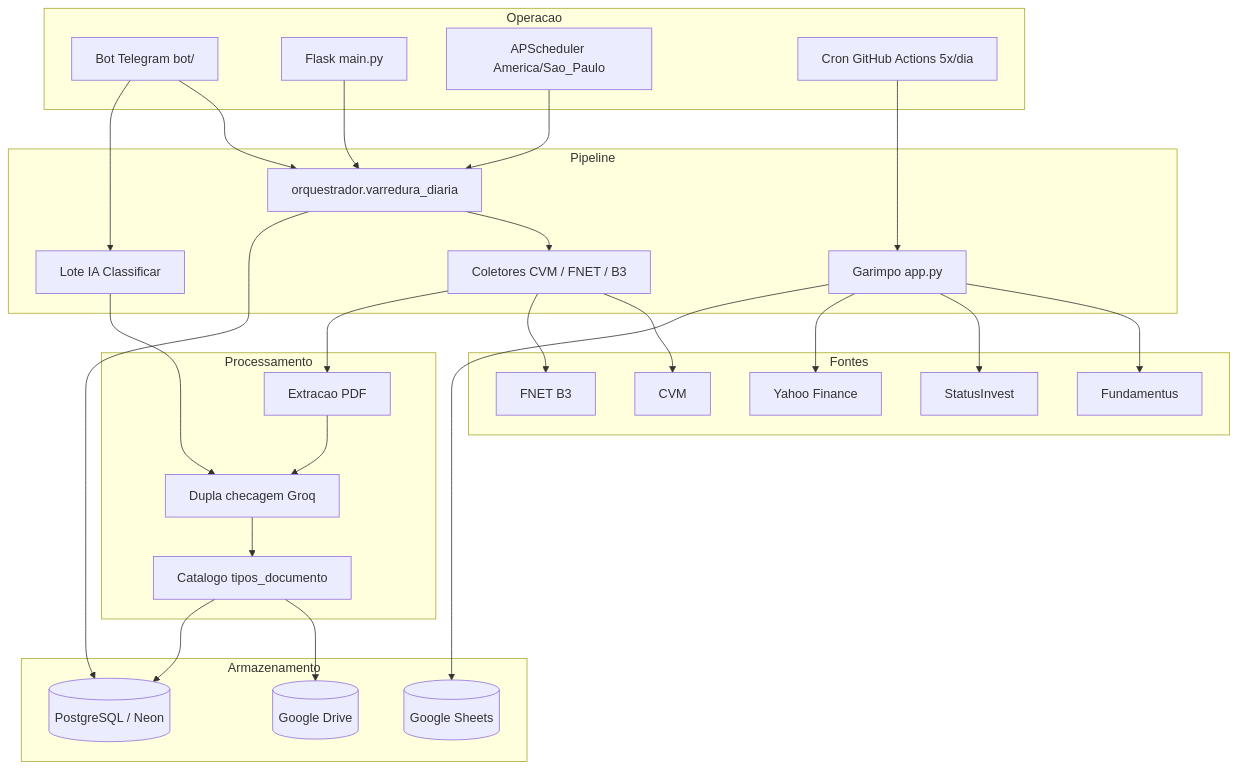
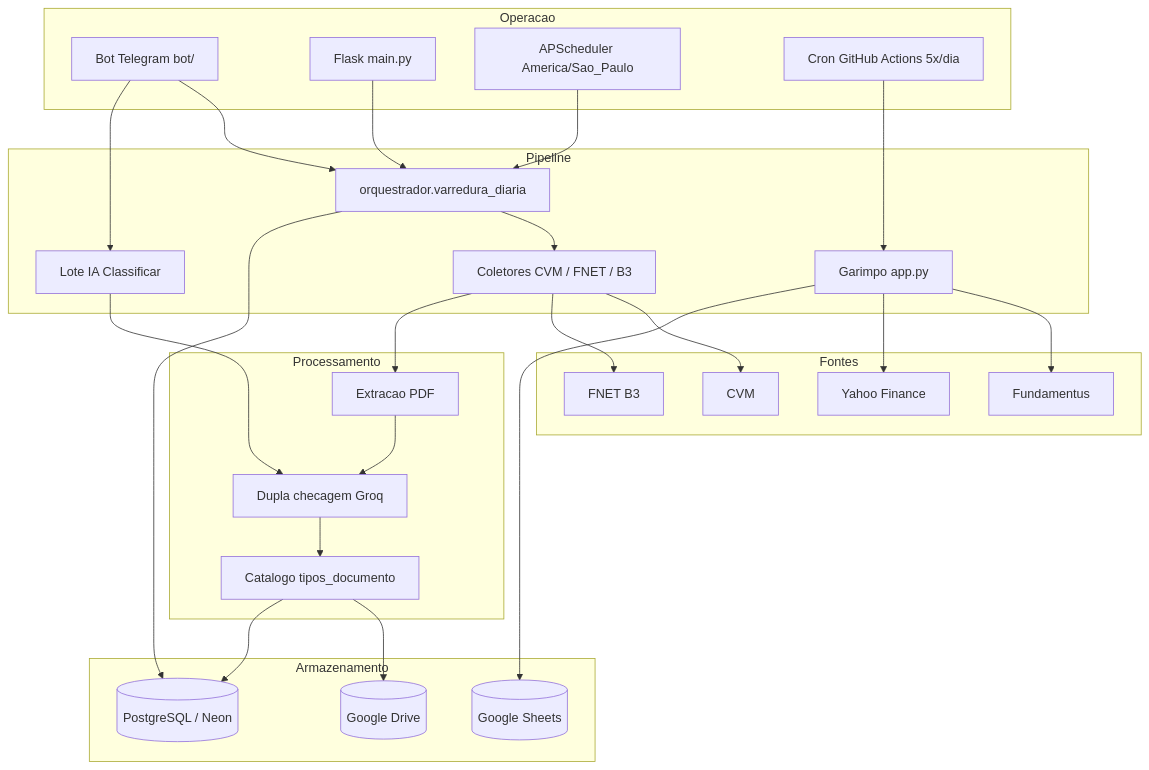
The diagram in README.md (WandesonMarcone/robo-financeiro), drawn with Mermaid before and after one commit. The commit also changed other lines of this file and 3 other files, not shown here.

First line of the commit message:
fix: remover StatusInvest da coleta de FIIs

````diff
--- a/README.md
+++ b/README.md
@@ -36,51 +36,49 @@
 ```mermaid
 graph TD
     subgraph Operacao
         BOT["Bot Telegram bot/"]
         WEB["Flask main.py"]
         SCH["APScheduler America/Sao_Paulo"]
         ACT["Cron GitHub Actions 5x/dia"]
     end
     subgraph Pipeline
         ORC["orquestrador.varredura_diaria"]
         GAR["Garimpo app.py"]
         COL["Coletores CVM / FNET / B3"]
         LOTE["Lote IA Classificar"]
     end
     subgraph Fontes
         CVM["CVM"]
         FNET["FNET B3"]
         FUND["Fundamentus"]
-        SI["StatusInvest"]
         YF["Yahoo Finance"]
     end
     subgraph Processamento
         PDF["Extracao PDF"]
         IA["Dupla checagem Groq"]
         CAT["Catalogo tipos_documento"]
     end
     subgraph Armazenamento
         DB[("PostgreSQL / Neon")]
         SHEET[("Google Sheets")]
         DRIVE[("Google Drive")]
     end
     BOT --> ORC
     BOT --> LOTE
     WEB --> ORC
     SCH --> ORC
     ACT --> GAR
     ORC --> COL
     GAR --> FUND
-    GAR --> SI
     GAR --> YF
     COL --> CVM
     COL --> FNET
     COL --> PDF
     LOTE --> IA
     IA --> CAT
     CAT --> DRIVE
     CAT --> DB
     PDF --> IA
     ORC --> DB
     GAR --> SHEET
 ```
````
